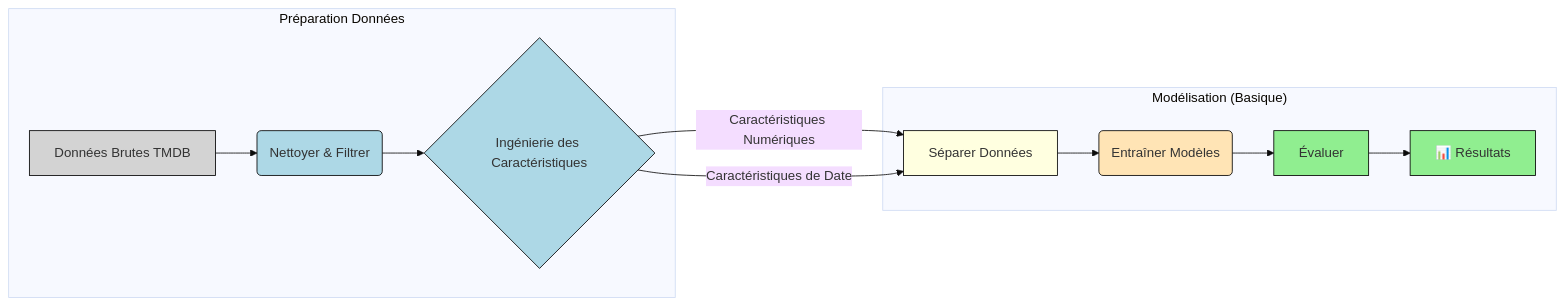
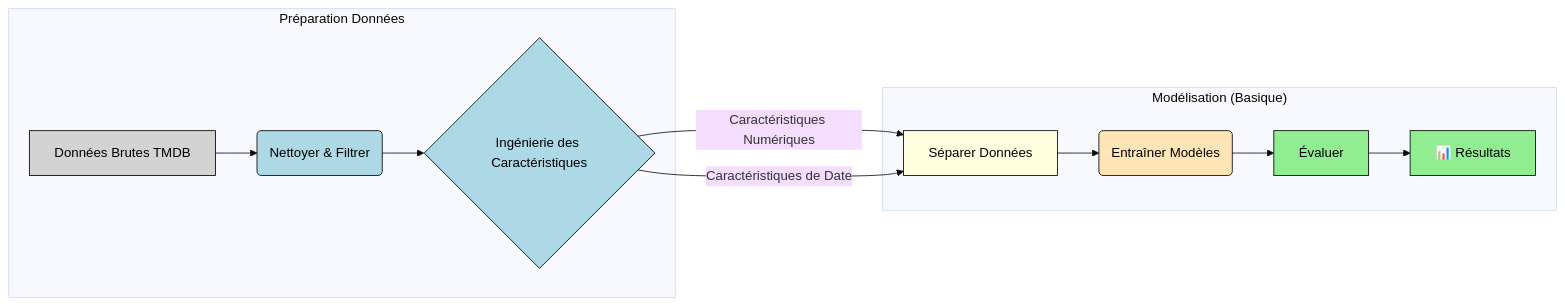
Before and after one commit to Beg1nner4ever/y_BoxOffice: the diagram in README.md, drawn with Mermaid (base theme).

Commit message:
refined style attributes in mermaid graph for better clarity

````diff
--- a/README.md
+++ b/README.md
@@ -44,26 +44,26 @@
 ```mermaid
 graph LR
     A[Données Brutes TMDB] --> B(Nettoyer & Filtrer);
     B --> C{Ingénierie des Caractéristiques};
     C -- Caractéristiques Numériques --> D[Séparer Données];
     C -- Caractéristiques de Date --> D;
     D --> E(Entraîner Modèles);
     E --> F[Évaluer];
     F --> G[📊 Résultats];
 
     subgraph "Préparation Données"
         A; B; C;
     end
     subgraph "Modélisation (Basique)"
         D; E; F; G;
     end
 
-    style A fill:#D3D3D3,stroke:#000
-    style B fill:#ADD8E6,stroke:#000
-    style C fill:#ADD8E6,stroke:#000
-    style D fill:#FFFFE0,stroke:#000
-    style E fill:#FFE4B5,stroke:#000
-    style F fill:#90EE90,stroke:#000
-    style G fill:#90EE90,stroke:#000
+    style A fill:#D3D3D3,stroke:#000,color:#000
+    style B fill:#ADD8E6,stroke:#000,color:#000
+    style C fill:#ADD8E6,stroke:#000,color:#000
+    style D fill:#FFFFE0,stroke:#000,color:#000
+    style E fill:#FFE4B5,stroke:#000,color:#000
+    style F fill:#90EE90,stroke:#000,color:#000
+    style G fill:#90EE90,stroke:#000,color:#000
 
 ```
````
